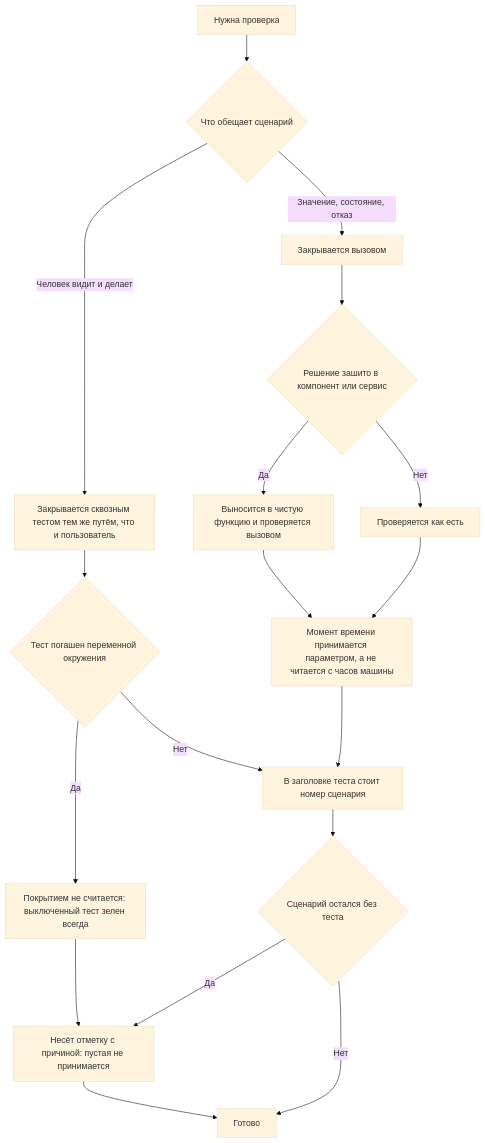
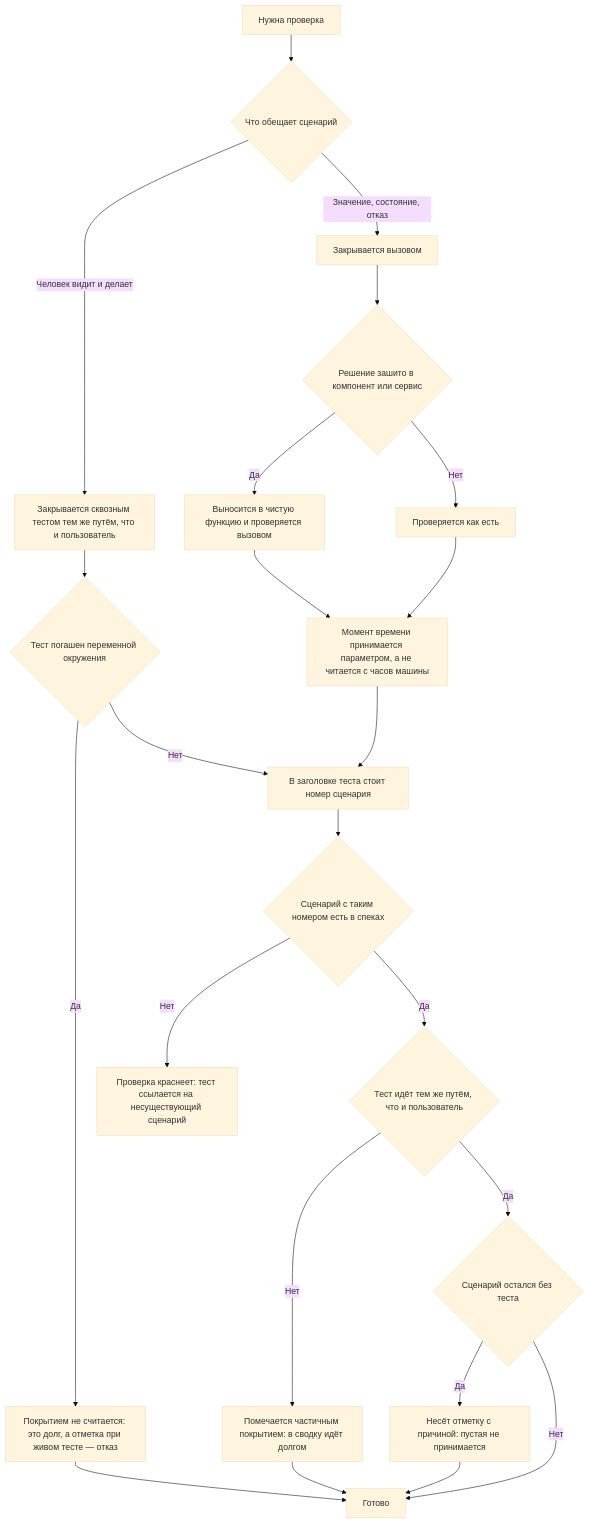
One commit to Eyhenij/rt-tools changed the diagram in .claude/skills/testing/SKILL.md. Above: the diagram before and after it, drawn with Mermaid (base theme). The commit also changed other lines of this file and 5 other files, not shown here.

````diff
--- a/.claude/skills/testing/SKILL.md
+++ b/.claude/skills/testing/SKILL.md
@@ -37,20 +37,25 @@
 ```mermaid
 flowchart TD
     A[Нужна проверка] --> B{Что обещает сценарий}
     B -->|Человек видит и делает| C[Закрывается сквозным тестом тем же путём, что и пользователь]
     B -->|Значение, состояние, отказ| D[Закрывается вызовом]
     D --> E{Решение зашито в компонент или сервис}
     E -->|Да| F[Выносится в чистую функцию и проверяется вызовом]
     E -->|Нет| G[Проверяется как есть]
     F --> H[Момент времени принимается параметром, а не читается с часов машины]
     G --> H
     C --> I{Тест погашен переменной окружения}
-    I -->|Да| J[Покрытием не считается: выключенный тест зелен всегда]
+    I -->|Да| J[Покрытием не считается: это долг, а отметка при живом тесте — отказ]
     I -->|Нет| K[В заголовке теста стоит номер сценария]
     H --> K
-    K --> L{Сценарий остался без теста}
+    K --> P{Сценарий с таким номером есть в спеках}
+    P -->|Нет| Q[Проверка краснеет: тест ссылается на несуществующий сценарий]
+    P -->|Да| R{Тест идёт тем же путём, что и пользователь}
+    R -->|Нет| S[Помечается частичным покрытием: в сводку идёт долгом]
+    R -->|Да| L{Сценарий остался без теста}
     L -->|Да| M[Несёт отметку с причиной: пустая не принимается]
     L -->|Нет| N[Готово]
-    J --> M
+    S --> N
     M --> N
+    J --> N
 ```
````
